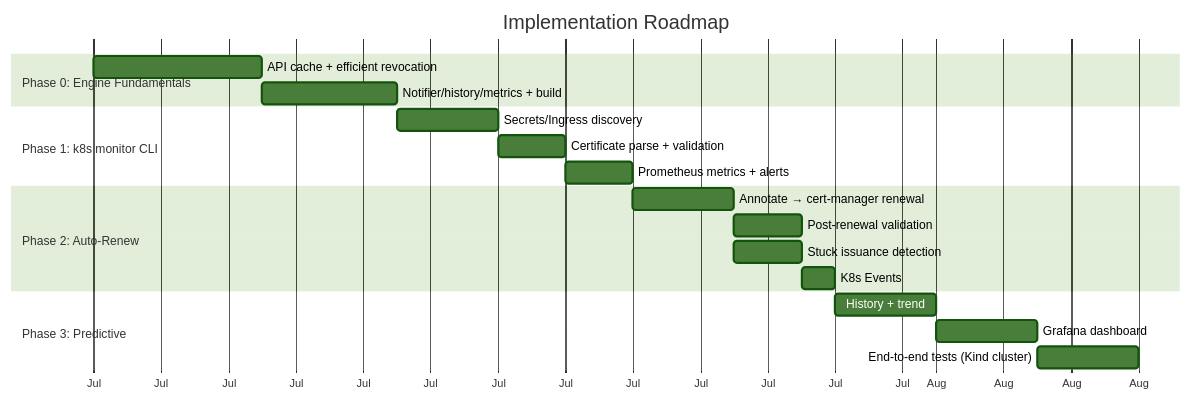
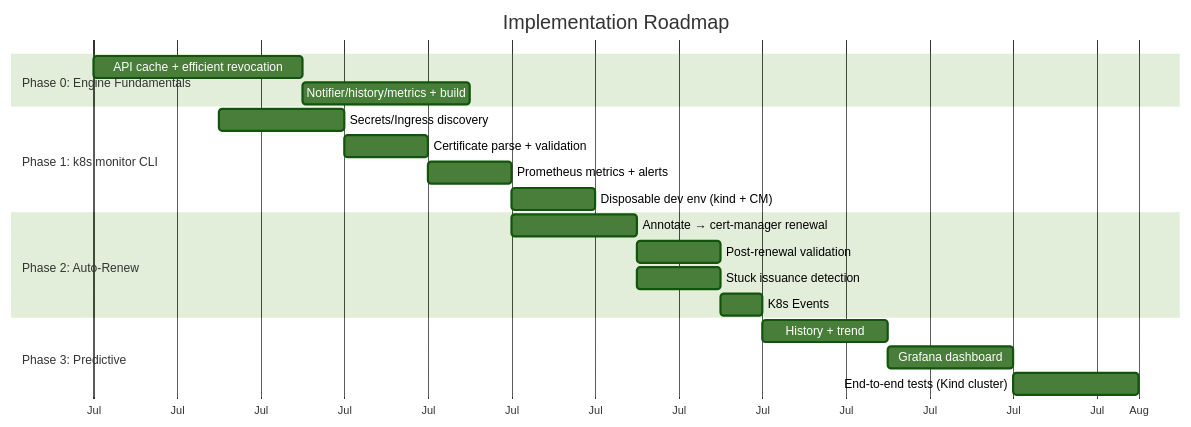
Before and after one commit to fabianoflorentino/certificate-validate: the seventh of 7 diagrams in docs/K8S_INTEGRATION.md, drawn with Mermaid (forest theme). The commit also changed other lines of this file and 1 other file, not shown here.

First line of the commit message:
docs(k8s): document Phase 1 monitor and dev environment

````diff
--- a/docs/K8S_INTEGRATION.md
+++ b/docs/K8S_INTEGRATION.md
@@ -832,26 +843,27 @@
 ```mermaid
 gantt
     title Implementation Roadmap
     dateFormat  YYYY-MM-DD
     axisFormat  %b
 
     section Phase 0: Engine Fundamentals
     API cache + efficient revocation      :a0, 2026-07-07, 5d
     Notifier/history/metrics + build      :a0b, after a0, 4d
 
     section Phase 1: k8s monitor CLI
-    Secrets/Ingress discovery             :a1, after a0b, 3d
+    Secrets/Ingress discovery             :a1, 2026-07-10, 3d
     Certificate parse + validation        :a2, after a1, 2d
     Prometheus metrics + alerts           :a3, after a2, 2d
+    Disposable dev env (kind + CM)        :a4, after a3, 2d
 
     section Phase 2: Auto-Renew
     Annotate → cert-manager renewal       :b1, after a3, 3d
     Post-renewal validation               :b2, after b1, 2d
     Stuck issuance detection              :b3, after b1, 2d
     K8s Events                            :b4, after b2, 1d
 
     section Phase 3: Predictive
     History + trend                       :c1, after b4, 3d
     Grafana dashboard                     :c2, after c1, 3d
     End-to-end tests (Kind cluster)       :c3, after c2, 3d
 ```
````
